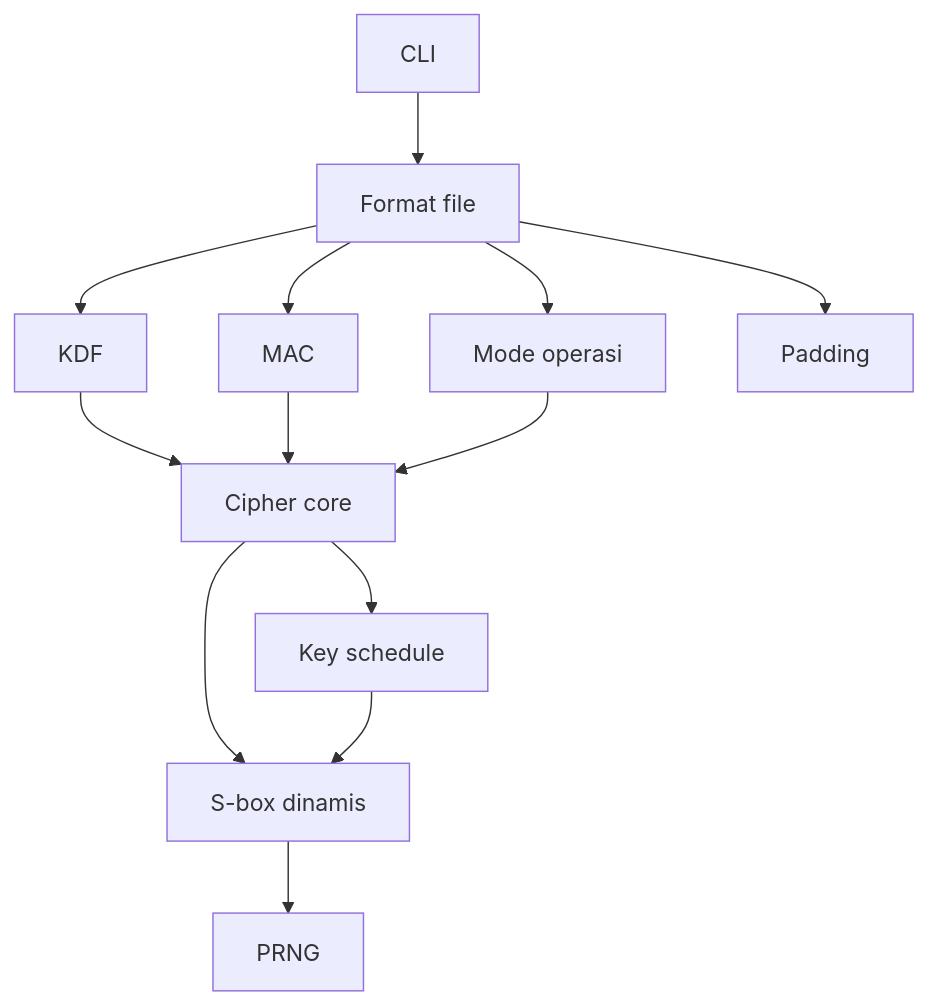
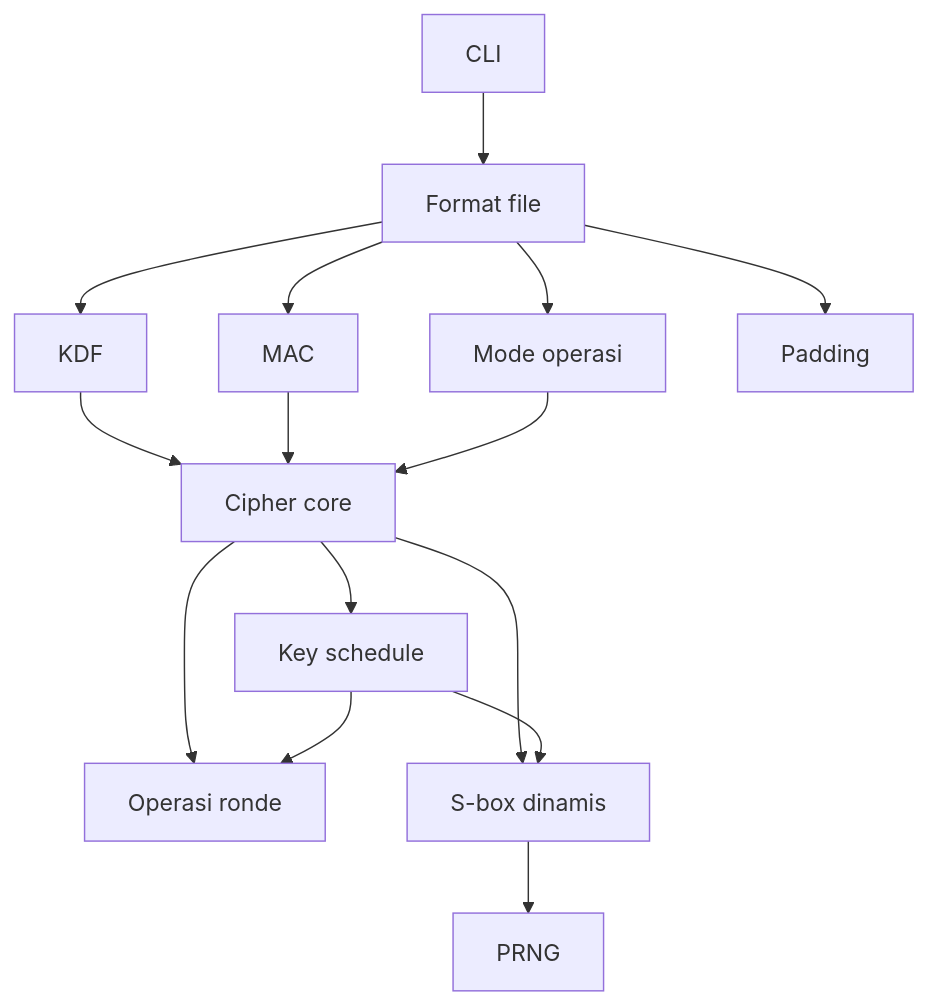
The third of 3 diagrams in docs/diagrams/08-cli-and-modules.md (filbertengyo/tk_cipher), drawn with Mermaid before and after one commit. The commit also changed 2 other files, not shown here.

Commit message:
docs: align TRD and blueprint with issues, uv, and manual testing

````diff
--- a/docs/diagrams/08-cli-and-modules.md
+++ b/docs/diagrams/08-cli-and-modules.md
@@ -58,15 +58,17 @@
 ```mermaid
 flowchart TD
     cli["CLI"] --> ff["Format file"]
     ff --> kdf["KDF"]
     ff --> mac["MAC"]
     ff --> modes["Mode operasi"]
     ff --> padding["Padding"]
     kdf --> cipher["Cipher core"]
     mac --> cipher
     modes --> cipher
     cipher --> ks["Key schedule"]
+    cipher --> rounds["Operasi ronde"]
     cipher --> sbox["S-box dinamis"]
+    ks --> rounds
     ks --> sbox
     sbox --> prng["PRNG"]
 ```
````
